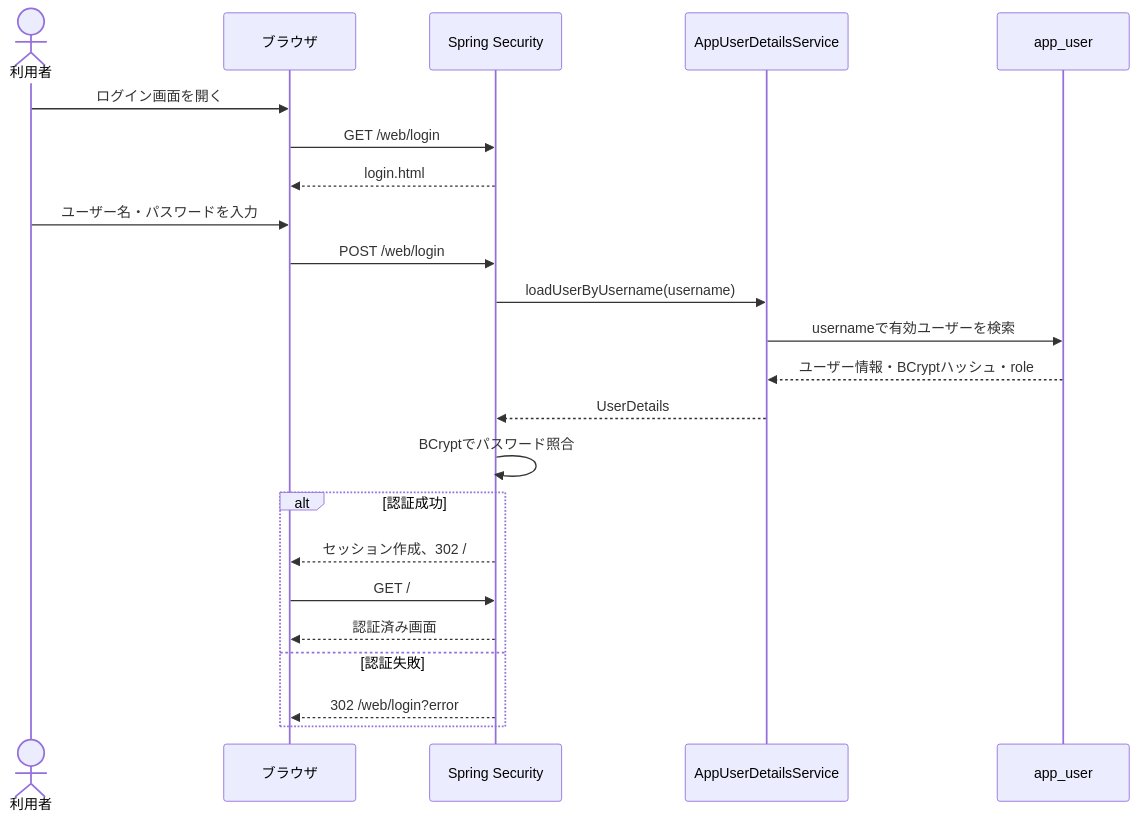
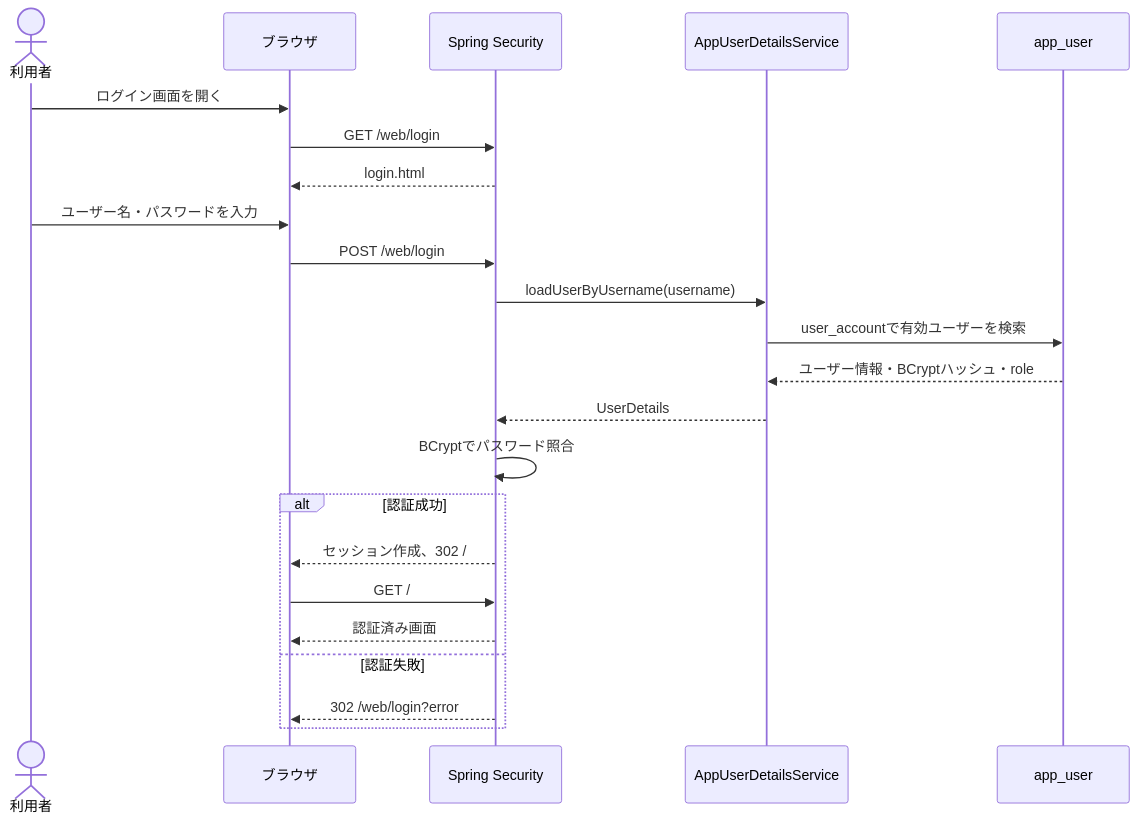
The second of 2 diagrams in docs/ama-orch-web/auth_design.md (nmasaru2011/ama-orch-lesson), drawn with Mermaid before and after one commit. The commit also changed other lines of this file and 24 other files, not shown here.

````diff
--- a/docs/ama-orch-web/auth_design.md
+++ b/docs/ama-orch-web/auth_design.md
@@ -94,26 +96,26 @@
 ```mermaid
 sequenceDiagram
     actor User as 利用者
     participant Browser as ブラウザ
     participant Security as Spring Security
     participant Service as AppUserDetailsService
     participant DB as app_user
 
     User->>Browser: ログイン画面を開く
     Browser->>Security: GET /web/login
     Security-->>Browser: login.html
     User->>Browser: ユーザー名・パスワードを入力
     Browser->>Security: POST /web/login
     Security->>Service: loadUserByUsername(username)
-    Service->>DB: usernameで有効ユーザーを検索
+    Service->>DB: user_accountで有効ユーザーを検索
     DB-->>Service: ユーザー情報・BCryptハッシュ・role
     Service-->>Security: UserDetails
     Security->>Security: BCryptでパスワード照合
     alt 認証成功
         Security-->>Browser: セッション作成、302 /
         Browser->>Security: GET /
         Security-->>Browser: 認証済み画面
     else 認証失敗
         Security-->>Browser: 302 /web/login?error
     end
 ```
````
